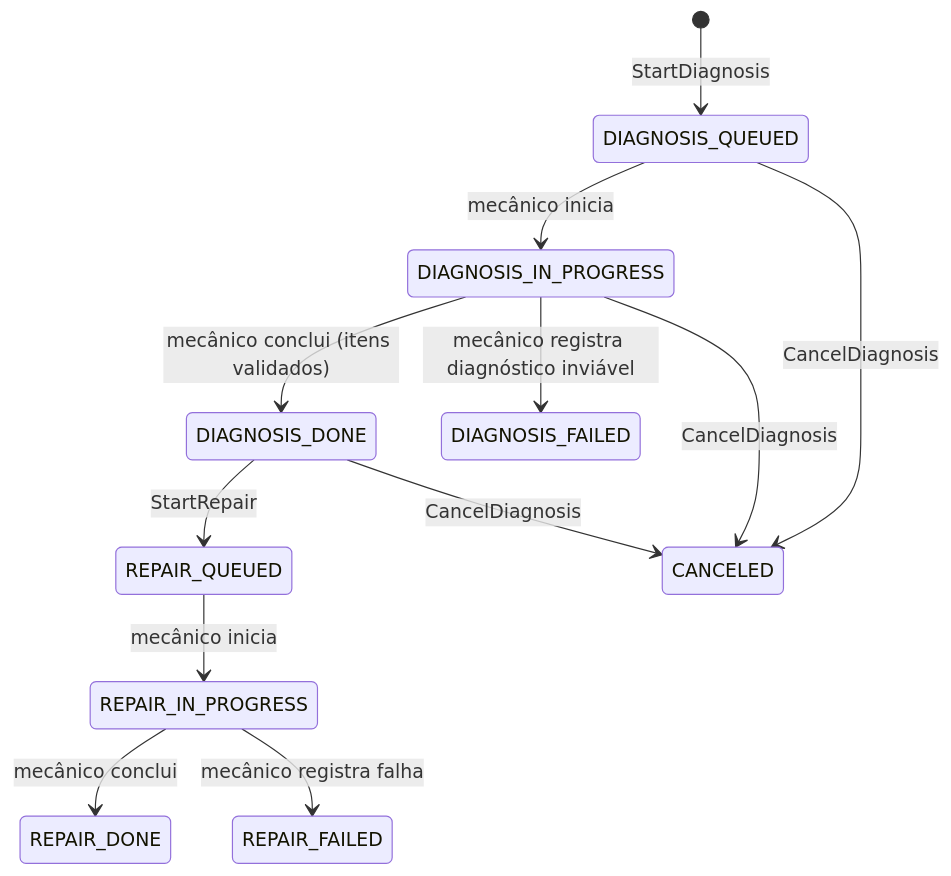
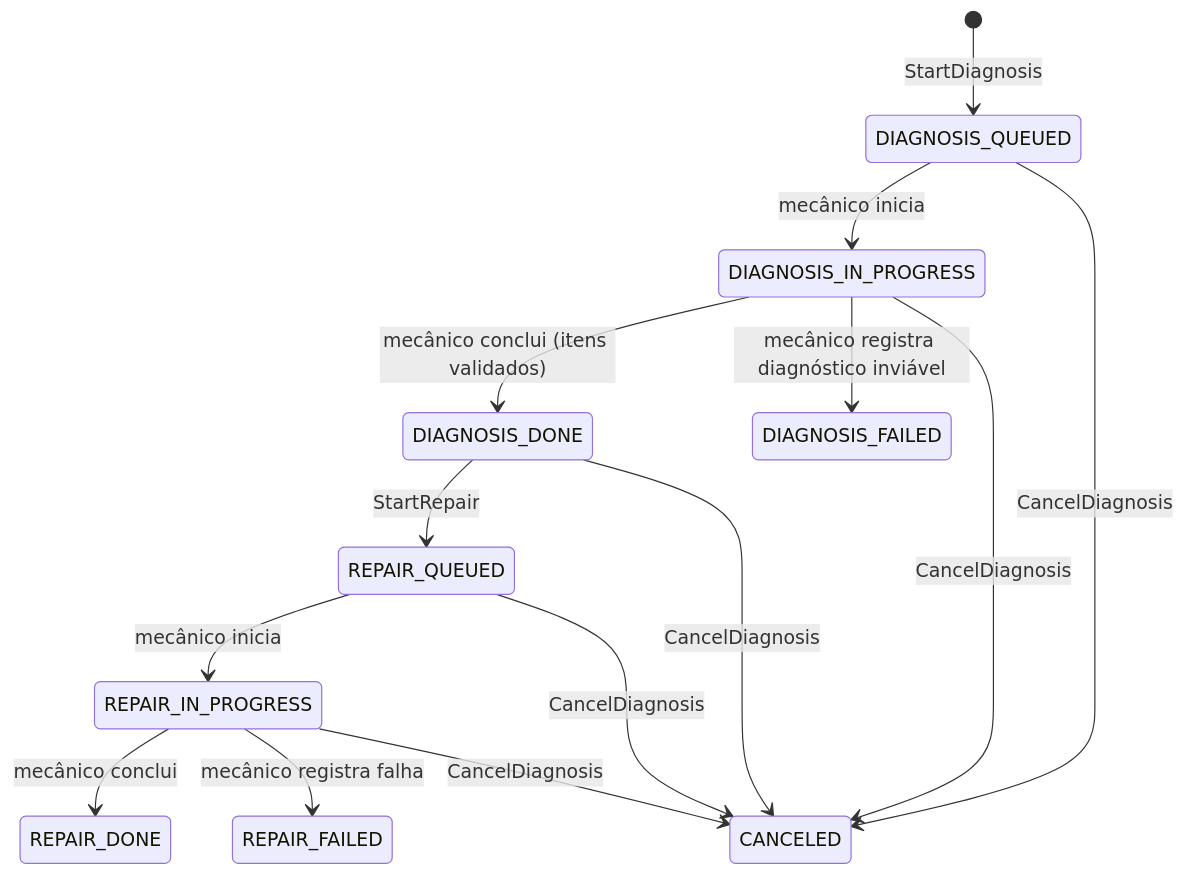
The fifth of 5 diagrams in docs/arquitetura/maquina-de-estados.md (CleytonOngaratto/fiap-fase4-os-service), drawn with Mermaid before and after one commit. The commit also changed other lines of this file and 14 other files, not shown here.

First line of the commit message:
feat: validate diagnosed items and compensate the queued diagnosis (#19)

````diff
--- a/docs/arquitetura/maquina-de-estados.md
+++ b/docs/arquitetura/maquina-de-estados.md
@@ -173,14 +173,16 @@
 ```mermaid
 stateDiagram-v2
     [*] --> DIAGNOSIS_QUEUED: StartDiagnosis
     DIAGNOSIS_QUEUED --> DIAGNOSIS_IN_PROGRESS: mecânico inicia
     DIAGNOSIS_IN_PROGRESS --> DIAGNOSIS_DONE: mecânico conclui (itens validados)
     DIAGNOSIS_IN_PROGRESS --> DIAGNOSIS_FAILED: mecânico registra diagnóstico inviável
     DIAGNOSIS_DONE --> REPAIR_QUEUED: StartRepair
     REPAIR_QUEUED --> REPAIR_IN_PROGRESS: mecânico inicia
     REPAIR_IN_PROGRESS --> REPAIR_DONE: mecânico conclui
     REPAIR_IN_PROGRESS --> REPAIR_FAILED: mecânico registra falha
     DIAGNOSIS_QUEUED --> CANCELED: CancelDiagnosis
     DIAGNOSIS_IN_PROGRESS --> CANCELED: CancelDiagnosis
     DIAGNOSIS_DONE --> CANCELED: CancelDiagnosis
+    REPAIR_QUEUED --> CANCELED: CancelDiagnosis
+    REPAIR_IN_PROGRESS --> CANCELED: CancelDiagnosis
 ```
````
